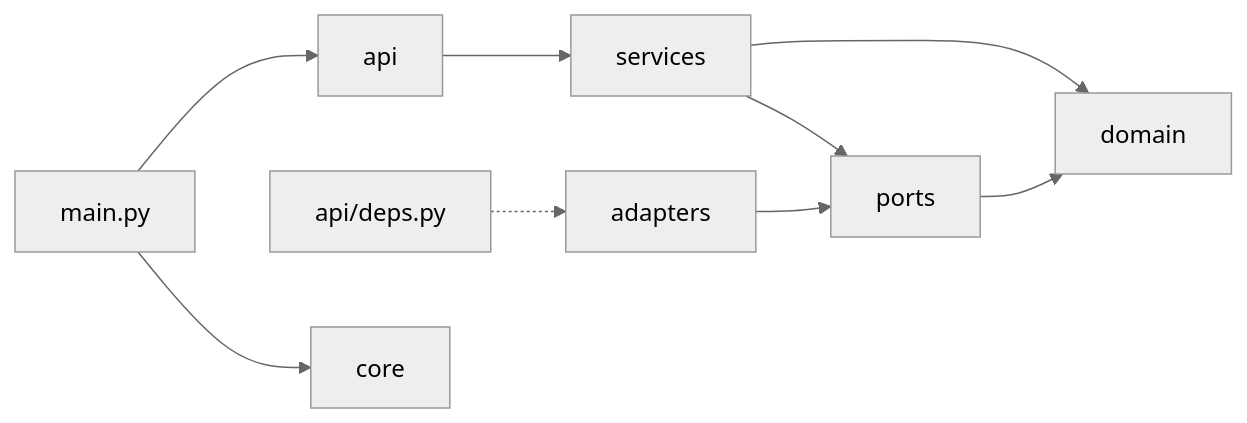
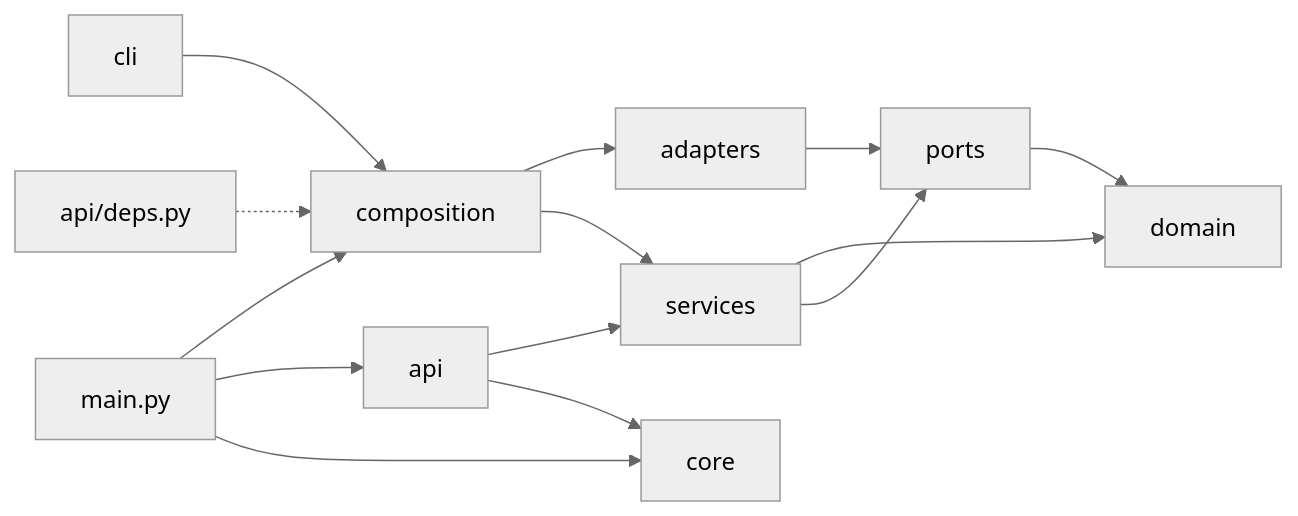
One commit to Andre-Bueno/biblioteca-pwa changed the diagram in docs/maps/ARCHITECTURE.md. Above: the diagram before and after it, drawn with Mermaid (neutral theme). The commit also changed other lines of this file and 353 other files, not shown here.

````diff
--- a/docs/maps/ARCHITECTURE.md
+++ b/docs/maps/ARCHITECTURE.md
@@ -47,11 +46,16 @@
 ```mermaid
 graph LR
   API[api] --> SVC[services]
+  API --> CORE[core]
+  CLI[cli] --> COMP[composition]
   SVC --> DOM[domain]
   SVC --> PORTS[ports]
   PORTS --> DOM
   ADP[adapters] --> PORTS
-  DEPS[api/deps.py] -.-> ADP
-  MAIN[main.py] --> CORE[core]
+  COMP --> ADP
+  COMP --> SVC
+  DEPS[api/deps.py] -.-> COMP
+  MAIN[main.py] --> COMP
   MAIN --> API
+  MAIN --> CORE
 ```
````
